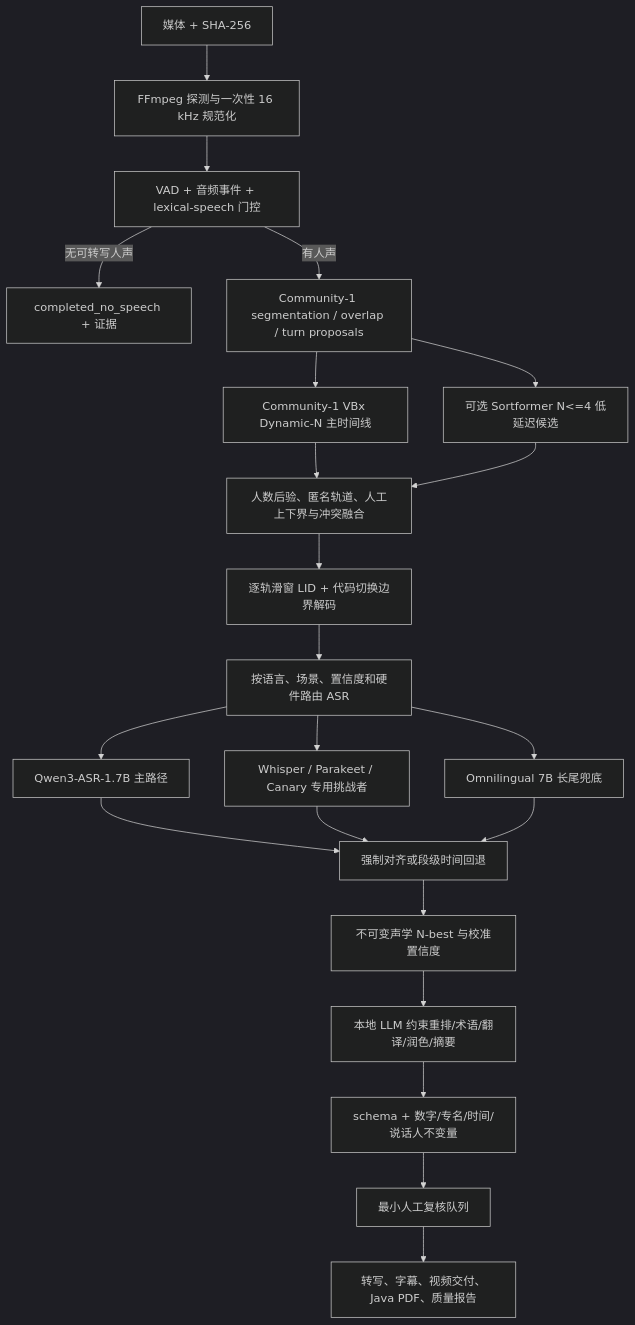
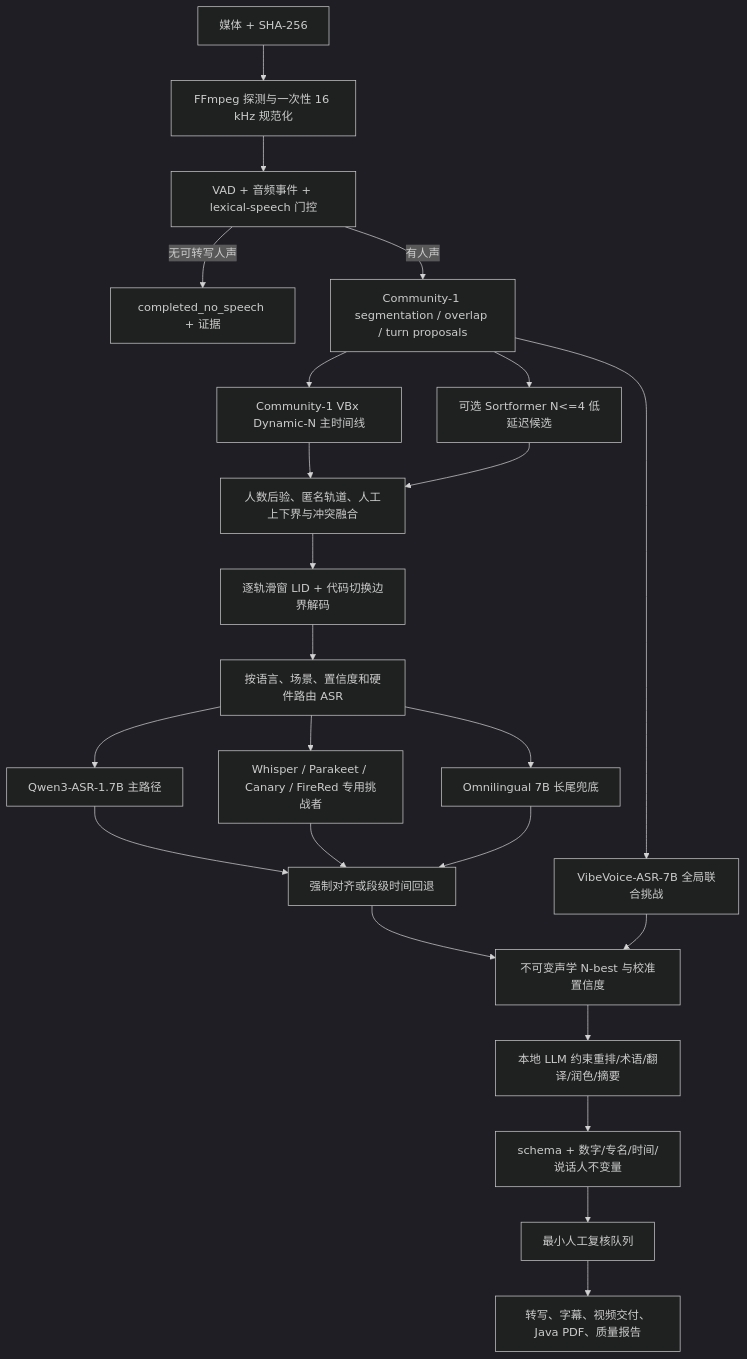
One commit to 3351666087/MediaTranscribeStudio changed the diagram in docs/refactor/FLAGSHIP_SPEECH_ARCHITECTURE.md. Above: the diagram before and after it, drawn with Mermaid (dark theme). The commit also changed other lines of this file and 1 other file, not shown here.

````diff
--- a/docs/refactor/FLAGSHIP_SPEECH_ARCHITECTURE.md
+++ b/docs/refactor/FLAGSHIP_SPEECH_ARCHITECTURE.md
@@ -48,24 +50,26 @@
 ```mermaid
 flowchart TD
   INPUT["媒体 + SHA-256"] --> PROBE["FFmpeg 探测与一次性 16 kHz 规范化"]
   PROBE --> GATE["VAD + 音频事件 + lexical-speech 门控"]
   GATE -->|"无可转写人声"| NOSPEECH["completed_no_speech + 证据"]
   GATE -->|"有人声"| SEG["Community-1 segmentation / overlap / turn proposals"]
   SEG --> DIAR["Community-1 VBx Dynamic-N 主时间线"]
   SEG --> FAST["可选 Sortformer N<=4 低延迟候选"]
   DIAR --> FUSION["人数后验、匿名轨道、人工上下界与冲突融合"]
   FAST --> FUSION
   FUSION --> LID["逐轨滑窗 LID + 代码切换边界解码"]
   LID --> ROUTER["按语言、场景、置信度和硬件路由 ASR"]
   ROUTER --> QWEN["Qwen3-ASR-1.7B 主路径"]
-  ROUTER --> SPECIALIST["Whisper / Parakeet / Canary 专用挑战者"]
+  ROUTER --> SPECIALIST["Whisper / Parakeet / Canary / FireRed 专用挑战者"]
   ROUTER --> OMNI["Omnilingual 7B 长尾兜底"]
   QWEN --> ALIGN["强制对齐或段级时间回退"]
   SPECIALIST --> ALIGN
   OMNI --> ALIGN
   ALIGN --> NBEST["不可变声学 N-best 与校准置信度"]
+  SEG --> JOINT["VibeVoice-ASR-7B 全局联合挑战"]
+  JOINT --> NBEST
   NBEST --> LLM["本地 LLM 约束重排/术语/翻译/润色/摘要"]
   LLM --> VALIDATE["schema + 数字/专名/时间/说话人不变量"]
   VALIDATE --> REVIEW["最小人工复核队列"]
   REVIEW --> OUTPUT["转写、字幕、视频交付、Java PDF、质量报告"]
 ```
````
